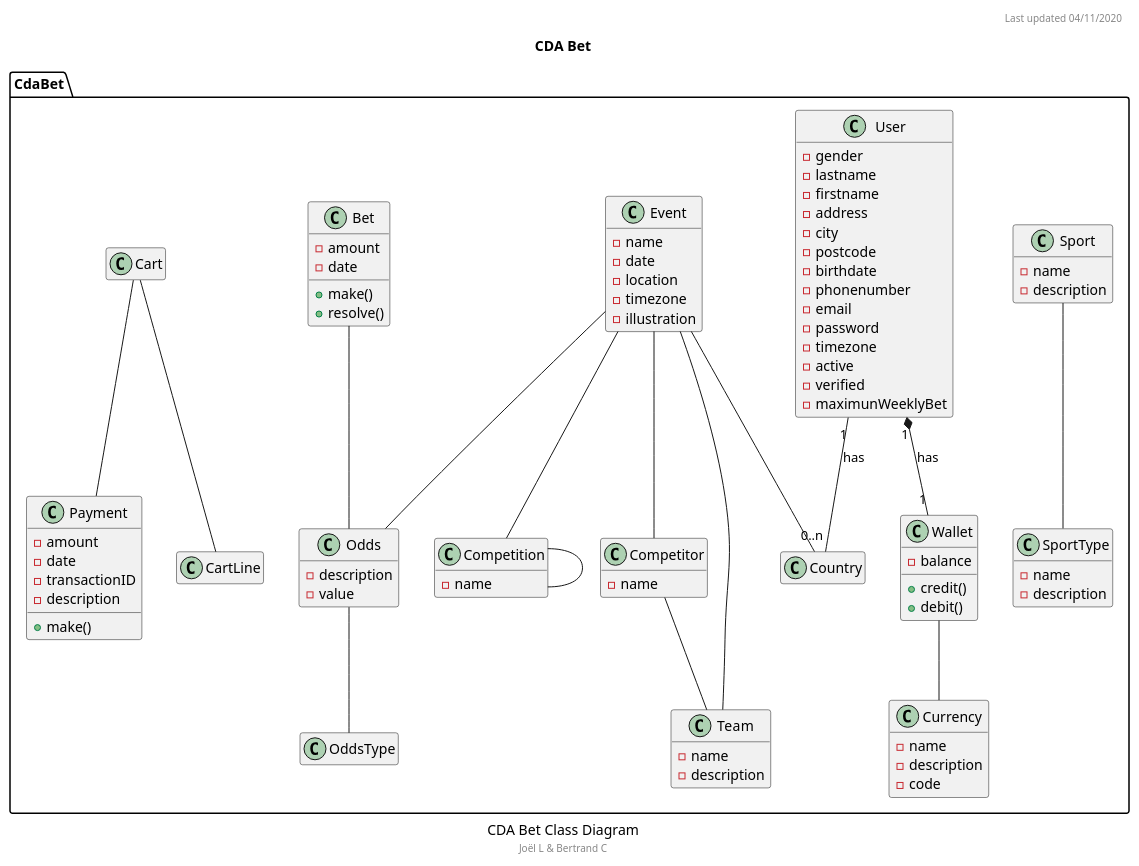
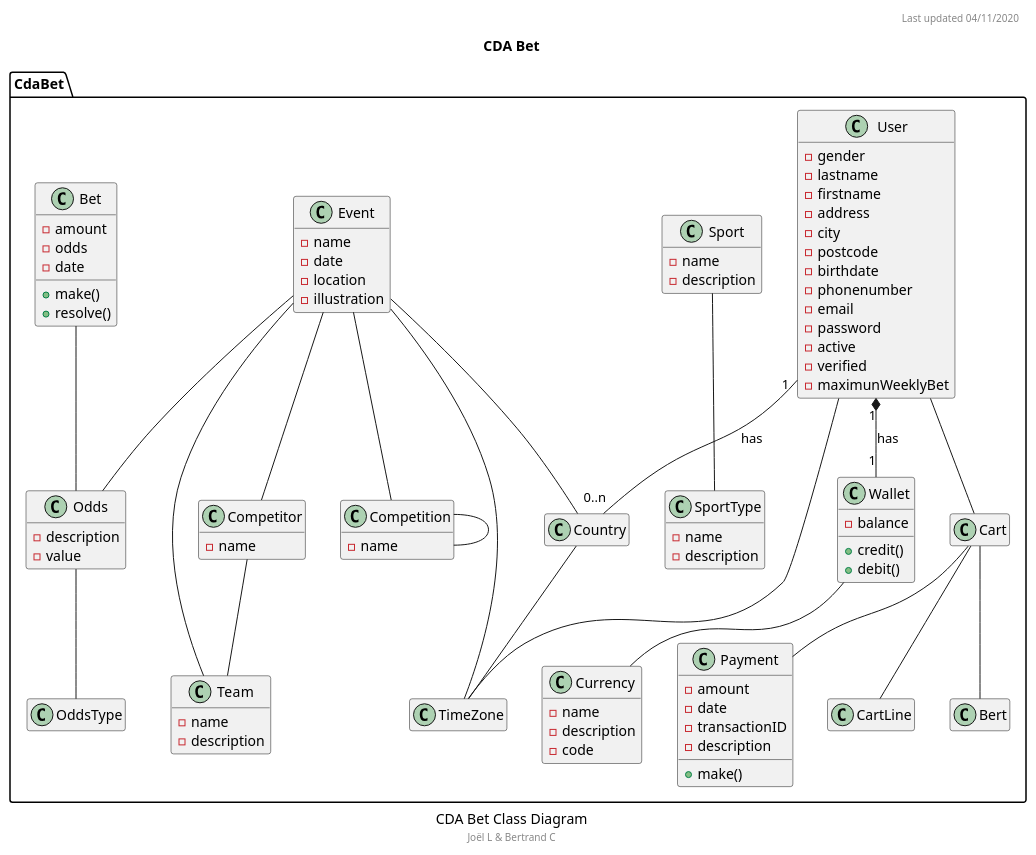
Before and after one commit to OFP-CDA-Mulhouse-2020/parisportif1: the first of 2 diagrams in docs/diagrams/src/CDA Bet.wsd, drawn with PlantUML. The commit also changed other lines of this file and 2 other files, not shown here.

Commit message:
Mandatory commit; class diagram and mind map update

```diff
--- a/docs/diagrams/src/CDA Bet.wsd
+++ b/docs/diagrams/src/CDA Bet.wsd
@@ -1,117 +1,126 @@
 @startuml "CDA Bet Class Diagram"
 hide empty members
 caption CDA Bet Class Diagram
 footer Joël L & Bertrand C
 header Last updated 04/11/2020
 title CDA Bet
 
 namespace CdaBet {
+    ' Abstract class for people?
     class User {
         -gender
         -lastname
         -firstname
         -address
         -city
         -postcode
         -birthdate
         -phonenumber
         -email
         -password
-        -timezone
         -active
         -verified
         -maximunWeeklyBet
     }
 
     class Country{
     }
+
+    class TimeZone{
+    }
+
 
     class Currency {
         -name
         -description
         -code
     }
 
     class Wallet {
         -balance
         +credit()
         +debit()
     }
 
     class Payment {
         -amount
         -date
         -transactionID
         -description
         +make()
     }
 
     class Sport {
         -name
         -description
     }
 
     class SportType {
         -name
         -description
     }
 
     class Competitor {
         -name
     }
 
     class Team {
         -name
         -description
     }
 
     class Event {
         -name
         -date
         -location
-        -timezone
         -illustration
     }
 
     class Competition {
         -name
     }
 
     class Odds {
         -description
         -value
     }
 
     class OddsType {
     }
 
     class Bet {
         -amount
+        -odds
         -date
         +make()
         +resolve()
     }
 
     class Cart {
     }
 
     class CartLine {
     }
 
     User "1" *-- "1" Wallet : has
     User "1" -- "0..n" Country : has
+    User -- TimeZone
+    Country -- TimeZone
     Wallet -- Currency
     Sport -- SportType
     Competitor -- Team
     Odds -- OddsType
     Bet -- Odds
     Event -- Competition
     Competition -- Competition
     Cart -- CartLine
     Cart -- Payment
     Event -- Odds
     Event -- Competitor
     Event -- Team
     Event -- Country
+    Event -- TimeZone
+    User -- Cart
+    Cart -- Bert
 }
 @enduml
```
